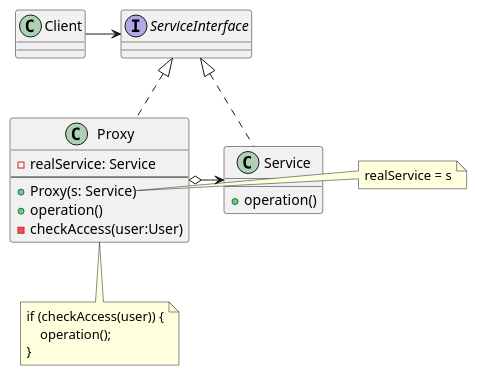
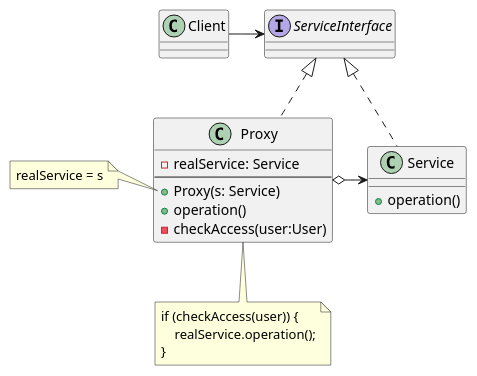
Before and after one commit to jprie/mum_springboot: the diagram in u-proxy-pattern/src/main/proxy_pattern.puml, drawn with PlantUML. The commit also changed 9 other files, not shown here.

Commit message:
update uml diagrams (clean test diagrams)

```diff
--- a/u-proxy-pattern/src/main/proxy_pattern.puml
+++ b/u-proxy-pattern/src/main/proxy_pattern.puml
@@ -1,37 +1,37 @@
 @startuml
 'https://plantuml.com/class-diagram
 
 class Client
 
 Client -> ServiceInterface
 
 interface ServiceInterface
 
 ServiceInterface <|.. Proxy
 ServiceInterface <|.. Service
 
 class Proxy {
     - realService: Service
     ---
     + Proxy(s: Service)
     + operation()
     - checkAccess(user:User)
 }
 
-note right of Proxy::Proxy
+note left of Proxy::Proxy
 realService = s
 end note
 
 note bottom of Proxy
 if (checkAccess(user)) {
-    operation();
+    realService.operation();
 }
 end note
 
 class Service {
     + operation()
 }
 
 Proxy o-> Service
 
 @enduml
```
